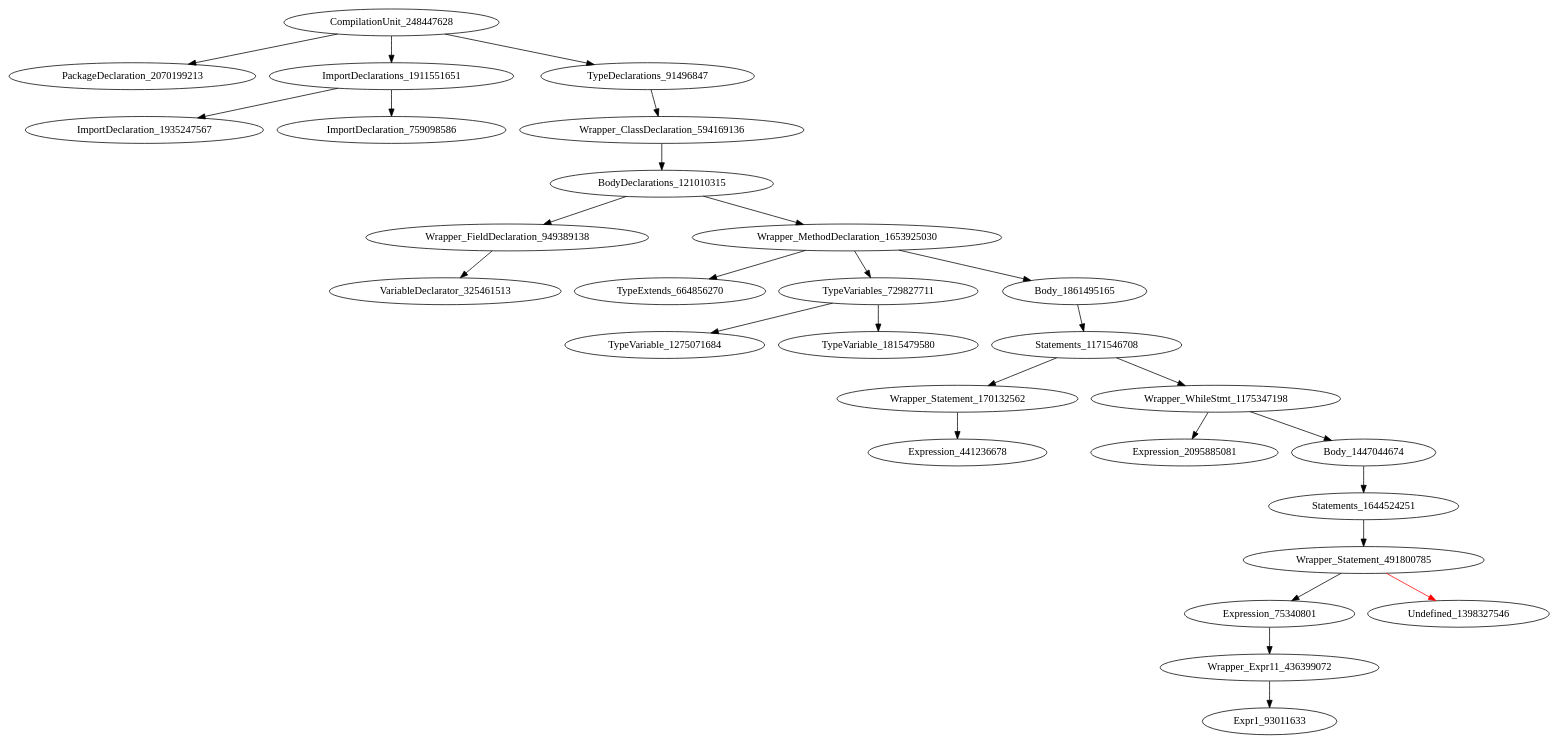
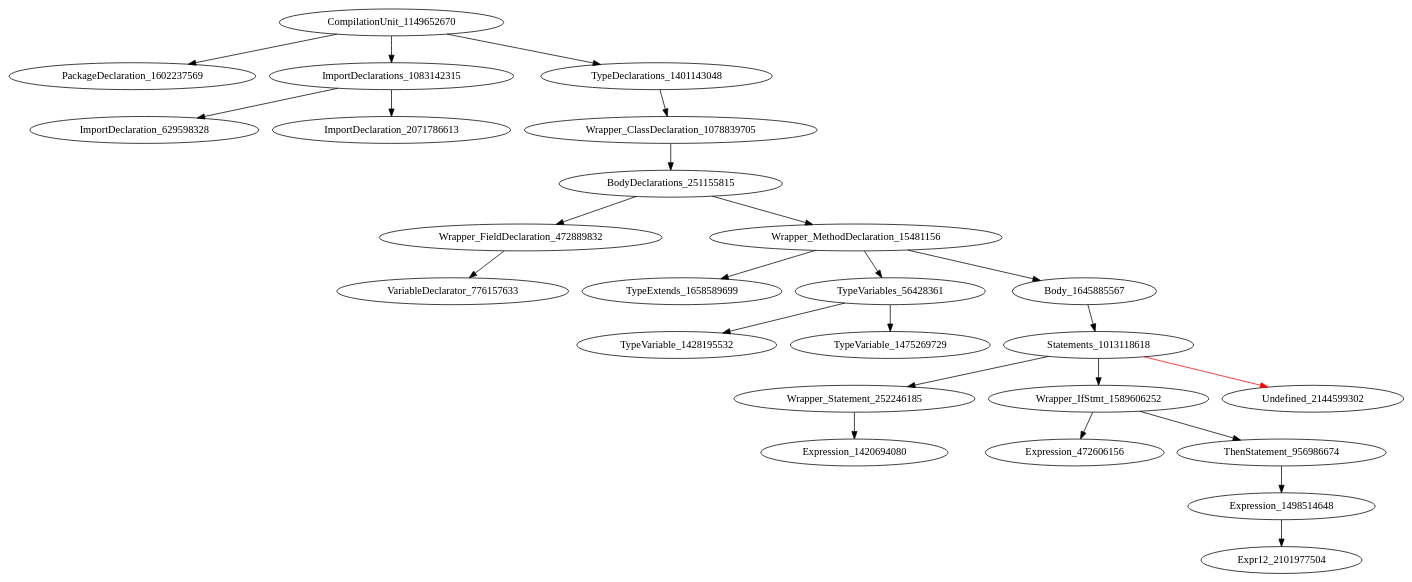
One commit to icse2023material/VoiceJava changed the diagram in holeAST.dot. Above: the diagram before and after it, drawn with Graphviz. The commit also changed 4 other files, not shown here.

```diff
--- a/holeAST.dot
+++ b/holeAST.dot
@@ -1,29 +1,26 @@
 digraph {
-CompilationUnit_248447628 -> PackageDeclaration_2070199213
-CompilationUnit_248447628 -> ImportDeclarations_1911551651
-CompilationUnit_248447628 -> TypeDeclarations_91496847
-ImportDeclarations_1911551651 -> ImportDeclaration_1935247567
-ImportDeclarations_1911551651 -> ImportDeclaration_759098586
-TypeDeclarations_91496847 -> Wrapper_ClassDeclaration_594169136
-Wrapper_ClassDeclaration_594169136 -> BodyDeclarations_121010315
-BodyDeclarations_121010315 -> Wrapper_FieldDeclaration_949389138
-BodyDeclarations_121010315 -> Wrapper_MethodDeclaration_1653925030
-Wrapper_FieldDeclaration_949389138 -> VariableDeclarator_325461513
-Wrapper_MethodDeclaration_1653925030 -> TypeExtends_664856270
-Wrapper_MethodDeclaration_1653925030 -> TypeVariables_729827711
-Wrapper_MethodDeclaration_1653925030 -> Body_1861495165
-TypeVariables_729827711 -> TypeVariable_1275071684
-TypeVariables_729827711 -> TypeVariable_1815479580
-Body_1861495165 -> Statements_1171546708
-Statements_1171546708 -> Wrapper_Statement_170132562
-Statements_1171546708 -> Wrapper_WhileStmt_1175347198
-Wrapper_Statement_170132562 -> Expression_441236678
-Wrapper_WhileStmt_1175347198 -> Expression_2095885081
-Wrapper_WhileStmt_1175347198 -> Body_1447044674
-Body_1447044674 -> Statements_1644524251
-Statements_1644524251 -> Wrapper_Statement_491800785
-Wrapper_Statement_491800785 -> Expression_75340801
-Wrapper_Statement_491800785 -> Undefined_1398327546 [color = red] 
-Expression_75340801 -> Wrapper_Expr11_436399072
-Wrapper_Expr11_436399072 -> Expr1_93011633
+CompilationUnit_1149652670 -> PackageDeclaration_1602237569
+CompilationUnit_1149652670 -> ImportDeclarations_1083142315
+CompilationUnit_1149652670 -> TypeDeclarations_1401143048
+ImportDeclarations_1083142315 -> ImportDeclaration_629598328
+ImportDeclarations_1083142315 -> ImportDeclaration_2071786613
+TypeDeclarations_1401143048 -> Wrapper_ClassDeclaration_1078839705
+Wrapper_ClassDeclaration_1078839705 -> BodyDeclarations_251155815
+BodyDeclarations_251155815 -> Wrapper_FieldDeclaration_472889832
+BodyDeclarations_251155815 -> Wrapper_MethodDeclaration_15481156
+Wrapper_FieldDeclaration_472889832 -> VariableDeclarator_776157633
+Wrapper_MethodDeclaration_15481156 -> TypeExtends_1658589699
+Wrapper_MethodDeclaration_15481156 -> TypeVariables_56428361
+Wrapper_MethodDeclaration_15481156 -> Body_1645885567
+TypeVariables_56428361 -> TypeVariable_1428195532
+TypeVariables_56428361 -> TypeVariable_1475269729
+Body_1645885567 -> Statements_1013118618
+Statements_1013118618 -> Wrapper_Statement_252246185
+Statements_1013118618 -> Wrapper_IfStmt_1589606252
+Statements_1013118618 -> Undefined_2144599302 [color = red] 
+Wrapper_Statement_252246185 -> Expression_1420694080
+Wrapper_IfStmt_1589606252 -> Expression_472606156
+Wrapper_IfStmt_1589606252 -> ThenStatement_956986674
+ThenStatement_956986674 -> Expression_1498514648
+Expression_1498514648 -> Expr12_2101977504
 }
```
